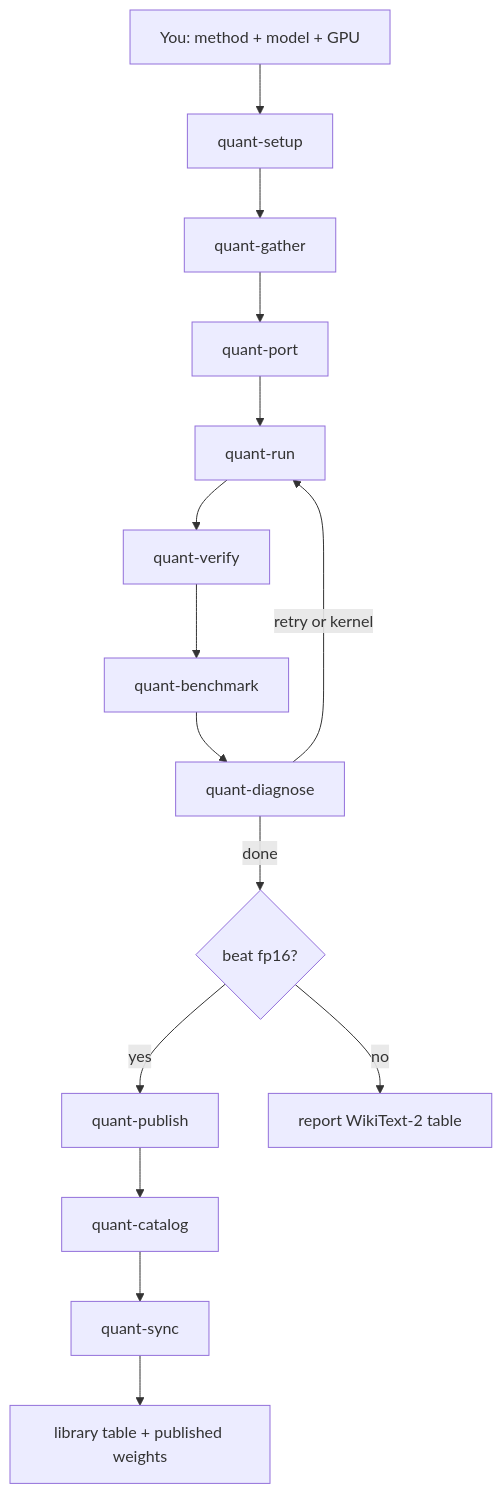
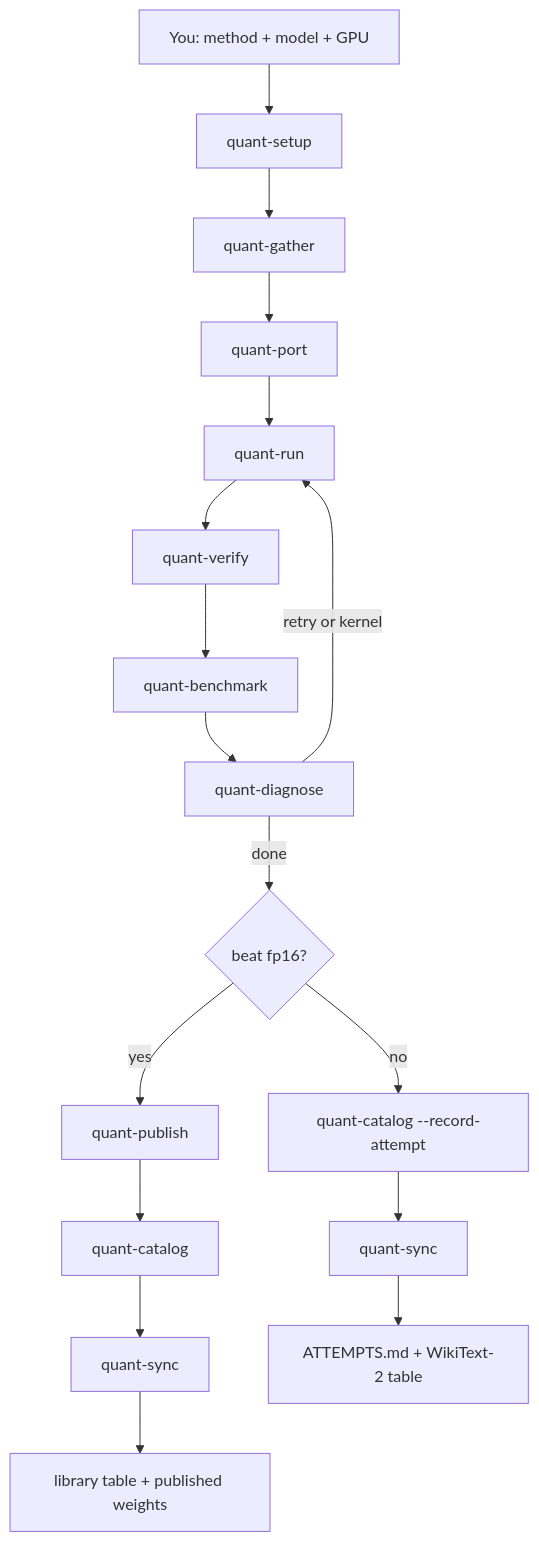
The diagram in agents/README.md (chris320211/model-quantization-agent), drawn with Mermaid before and after one commit. The commit also changed other lines of this file and 17 other files, not shown here.

Commit message:
Record unsuccessful ports on a separate attempts board

````diff
--- a/agents/README.md
+++ b/agents/README.md
@@ -18,17 +18,19 @@
 ```mermaid
 flowchart TD
   start["You: method + model + GPU"] --> setup["quant-setup"]
   setup --> gather["quant-gather"]
   gather --> port["quant-port"]
   port --> run["quant-run"]
   run --> verify["quant-verify"]
   verify --> bench["quant-benchmark"]
   bench --> diag["quant-diagnose"]
   diag -->|"retry or kernel"| run
   diag -->|"done"| ship{"beat fp16?"}
   ship -->|yes| pub["quant-publish"]
   pub --> cat["quant-catalog"]
   cat --> sync["quant-sync"]
   sync --> out["library table + published weights"]
-  ship -->|no| report["report WikiText-2 table"]
+  ship -->|no| fail["quant-catalog --record-attempt"]
+  fail --> sync2["quant-sync"]
+  sync2 --> attempts["ATTEMPTS.md + WikiText-2 table"]
 ```
````
